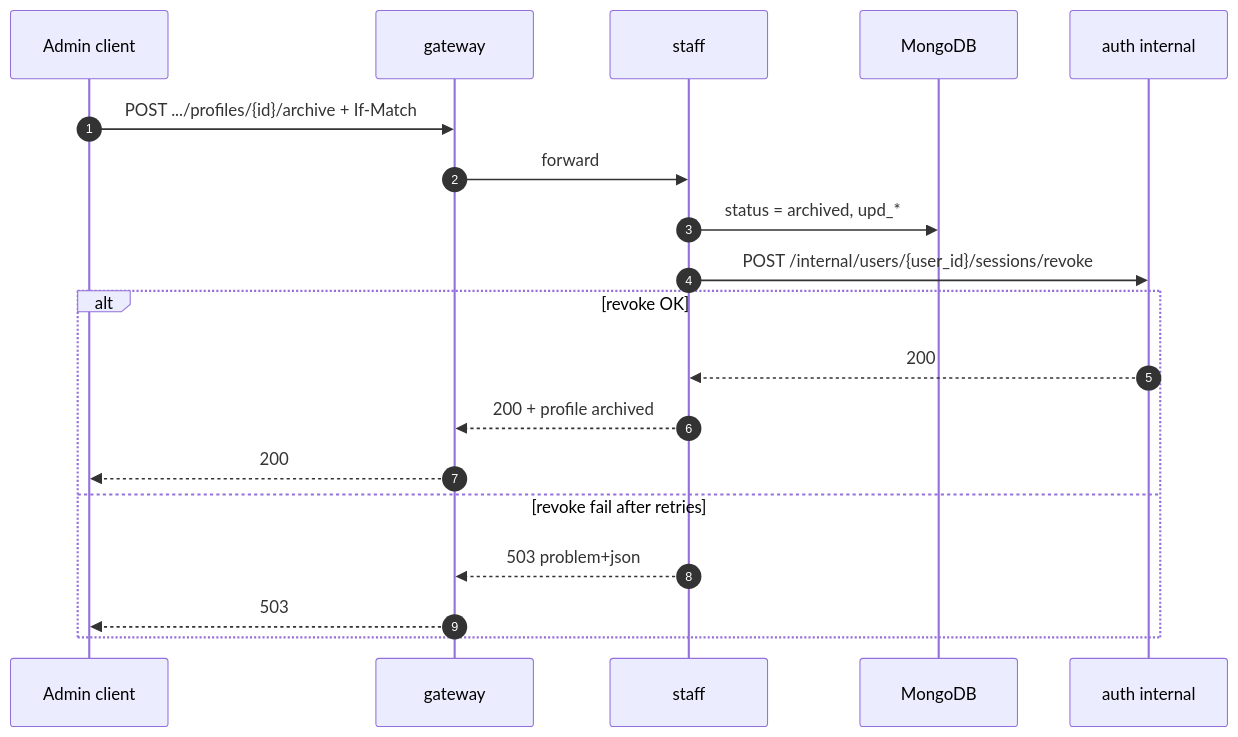
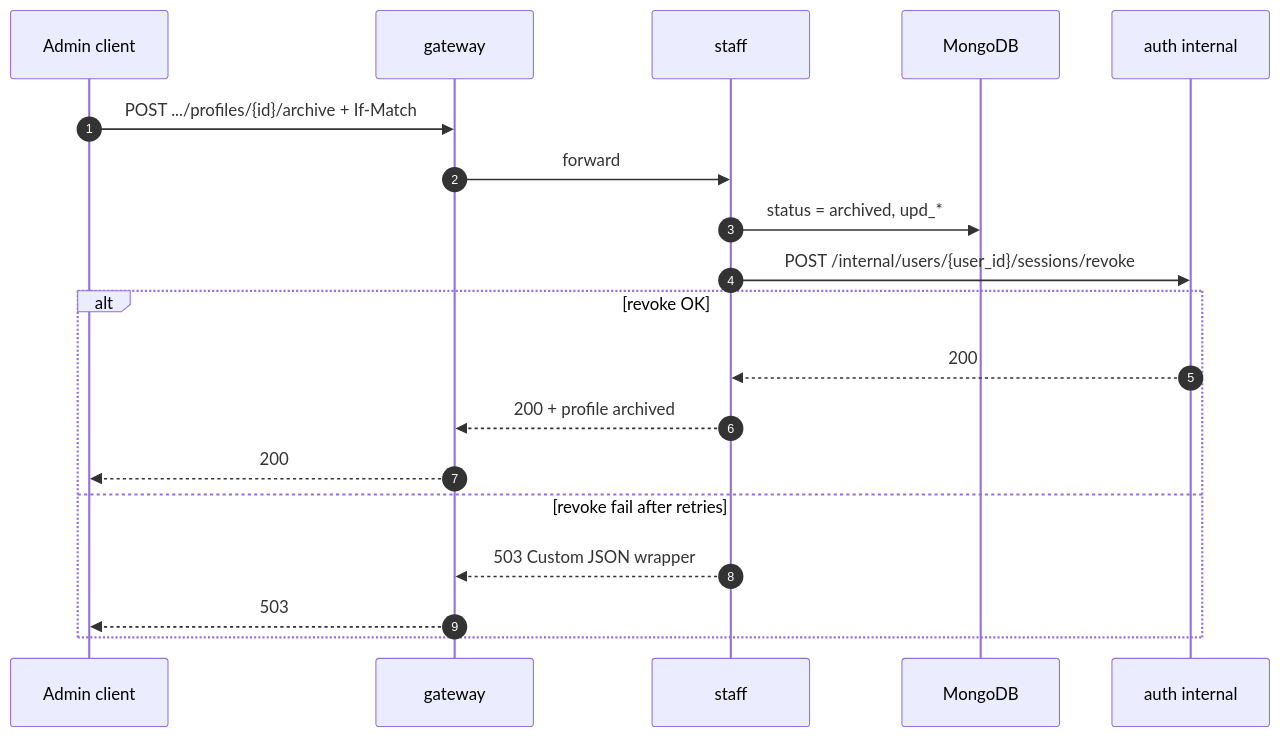
The fifth of 8 diagrams in backend/service/staff/docs/business-domain.md (santanapol/ai-agent-template), drawn with Mermaid before and after one commit. The commit also changed other lines of this file and 4 other files, not shown here.

````diff
--- a/backend/service/staff/docs/business-domain.md
+++ b/backend/service/staff/docs/business-domain.md
@@ -252,22 +254,22 @@
 ```mermaid
 sequenceDiagram
   autonumber
   participant Admin as Admin client
   participant GW as gateway
   participant ST as staff
   participant DB as MongoDB
   participant AU as auth internal
 
   Admin->>GW: POST .../profiles/{id}/archive + If-Match
   GW->>ST: forward
   ST->>DB: status = archived, upd_*
   ST->>AU: POST /internal/users/{user_id}/sessions/revoke
   alt revoke OK
     AU-->>ST: 200
     ST-->>GW: 200 + profile archived
     GW-->>Admin: 200
   else revoke fail after retries
-    ST-->>GW: 503 problem+json
+    ST-->>GW: 503 Custom JSON wrapper
     GW-->>Admin: 503
   end
 ```
````
